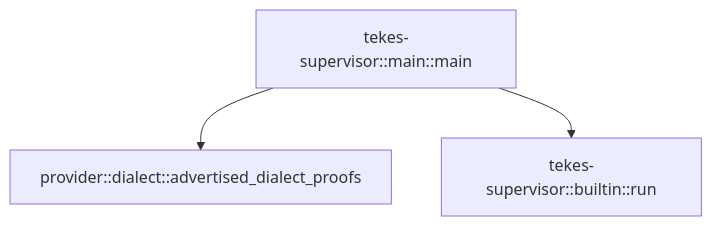
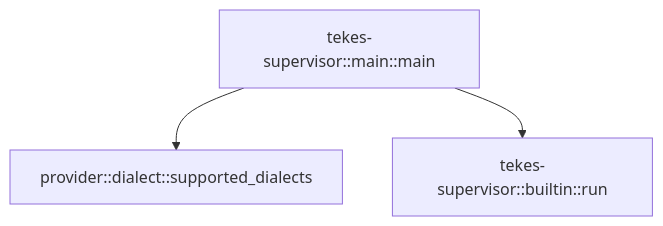
The diagram in crates/supervisor/docs/generated/src--main.md (TekesApps/TekesKernel), drawn with Mermaid before and after one commit. The commit also changed other lines of this file and 46 other files, not shown here.

````diff
--- a/crates/supervisor/docs/generated/src--main.md
+++ b/crates/supervisor/docs/generated/src--main.md
@@ -32,8 +32,8 @@
 ```mermaid
 flowchart TD
-  n0["provider::dialect::advertised_dialect_proofs"]
+  n0["provider::dialect::supported_dialects"]
   n1["tekes-supervisor::builtin::run"]
   n2["tekes-supervisor::main::main"]
   n2 --> n0
   n2 --> n1
 ```
````
